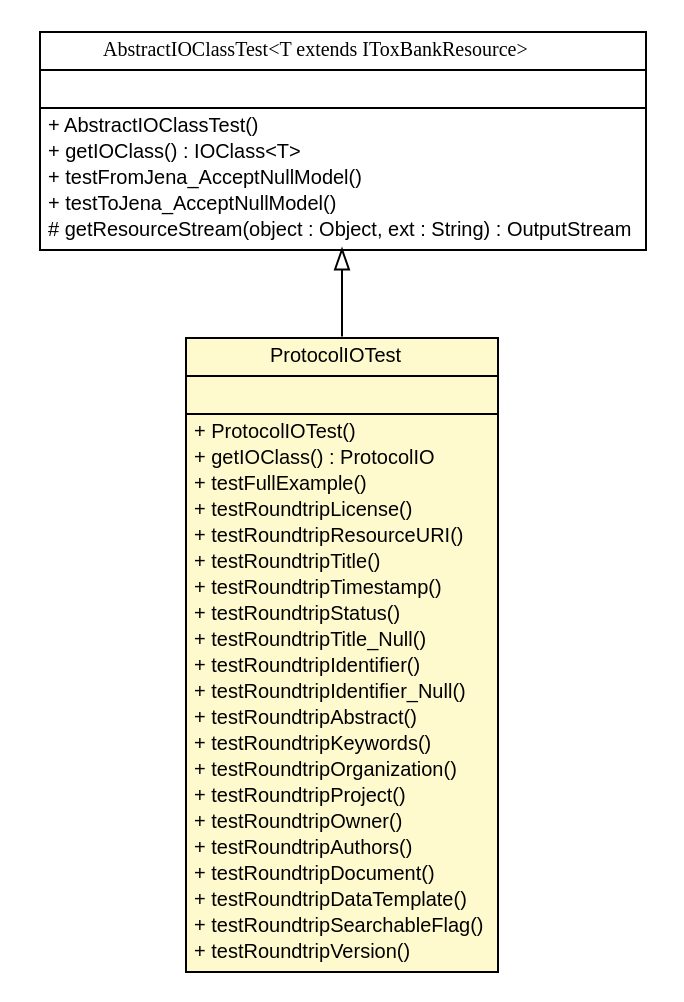
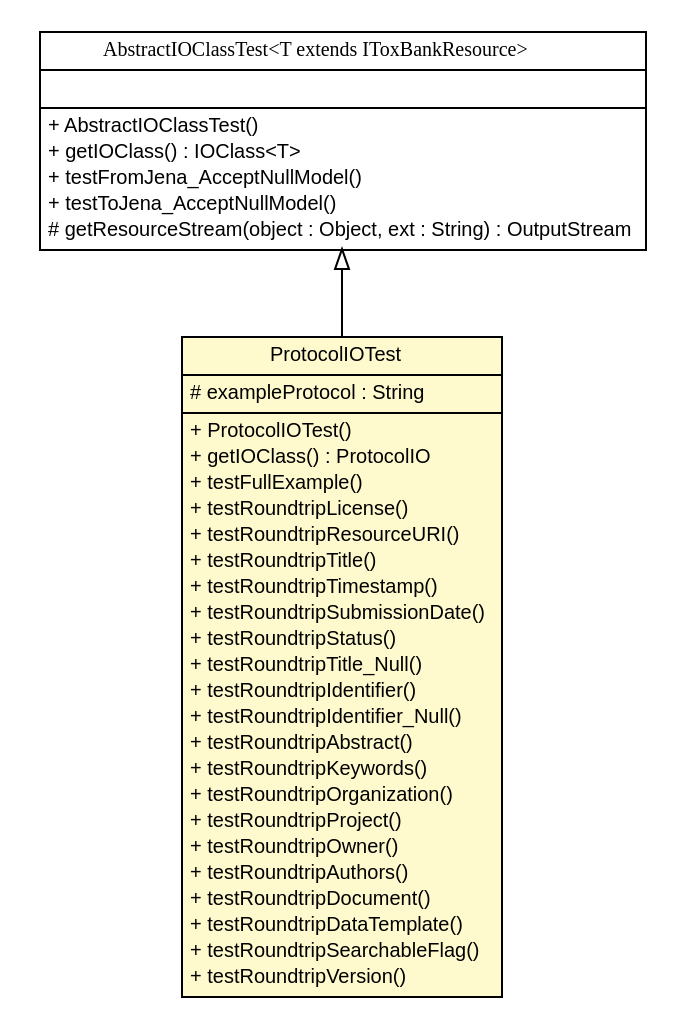
Before and after one commit to ToxBank/toxbank-api-beans: the diagram in testapidocs/net/toxbank/client/io/rdf/ProtocolIOTest.dot, drawn with Graphviz. The commit also changed 102 other files, not shown here.

```diff
--- a/testapidocs/net/toxbank/client/io/rdf/ProtocolIOTest.dot
+++ b/testapidocs/net/toxbank/client/io/rdf/ProtocolIOTest.dot
@@ -1,60 +1,61 @@
 #!/usr/local/bin/dot
 #
 # Class diagram 
 # Generated by UmlGraph version 4.6 (http://www.spinellis.gr/sw/umlgraph)
 #
 
 digraph G {
 	edge [fontname="arial",fontsize=10,labelfontname="arial",labelfontsize=10];
 	node [fontname="arial",fontsize=10,shape=plaintext];
 	// net.toxbank.client.io.rdf.ProtocolIOTest
 	c141 [label=<<table border="0" cellborder="1" cellspacing="0" cellpadding="2" port="p" bgcolor="lemonChiffon" href="./ProtocolIOTest.html">
 		<tr><td><table border="0" cellspacing="0" cellpadding="1">
 			<tr><td> ProtocolIOTest </td></tr>
 		</table></td></tr>
 		<tr><td><table border="0" cellspacing="0" cellpadding="1">
-			<tr><td align="left">  </td></tr>
+			<tr><td align="left"> # exampleProtocol : String </td></tr>
 		</table></td></tr>
 		<tr><td><table border="0" cellspacing="0" cellpadding="1">
 			<tr><td align="left"> + ProtocolIOTest() </td></tr>
 			<tr><td align="left"> + getIOClass() : ProtocolIO </td></tr>
 			<tr><td align="left"> + testFullExample() </td></tr>
 			<tr><td align="left"> + testRoundtripLicense() </td></tr>
 			<tr><td align="left"> + testRoundtripResourceURI() </td></tr>
 			<tr><td align="left"> + testRoundtripTitle() </td></tr>
 			<tr><td align="left"> + testRoundtripTimestamp() </td></tr>
+			<tr><td align="left"> + testRoundtripSubmissionDate() </td></tr>
 			<tr><td align="left"> + testRoundtripStatus() </td></tr>
 			<tr><td align="left"> + testRoundtripTitle_Null() </td></tr>
 			<tr><td align="left"> + testRoundtripIdentifier() </td></tr>
 			<tr><td align="left"> + testRoundtripIdentifier_Null() </td></tr>
 			<tr><td align="left"> + testRoundtripAbstract() </td></tr>
 			<tr><td align="left"> + testRoundtripKeywords() </td></tr>
 			<tr><td align="left"> + testRoundtripOrganization() </td></tr>
 			<tr><td align="left"> + testRoundtripProject() </td></tr>
 			<tr><td align="left"> + testRoundtripOwner() </td></tr>
 			<tr><td align="left"> + testRoundtripAuthors() </td></tr>
 			<tr><td align="left"> + testRoundtripDocument() </td></tr>
 			<tr><td align="left"> + testRoundtripDataTemplate() </td></tr>
 			<tr><td align="left"> + testRoundtripSearchableFlag() </td></tr>
 			<tr><td align="left"> + testRoundtripVersion() </td></tr>
 		</table></td></tr>
 		</table>>, fontname="arial", fontcolor="black", fontsize=10.0];
 	// net.toxbank.client.io.rdf.AbstractIOClassTest<T extends net.toxbank.client.resource.IToxBankResource>
 	c148 [label=<<table border="0" cellborder="1" cellspacing="0" cellpadding="2" port="p" href="./AbstractIOClassTest.html">
 		<tr><td><table border="0" cellspacing="0" cellpadding="1">
 			<tr><td><font face="ariali"> AbstractIOClassTest&lt;T extends IToxBankResource&gt; </font></td></tr>
 		</table></td></tr>
 		<tr><td><table border="0" cellspacing="0" cellpadding="1">
 			<tr><td align="left">  </td></tr>
 		</table></td></tr>
 		<tr><td><table border="0" cellspacing="0" cellpadding="1">
 			<tr><td align="left"> + AbstractIOClassTest() </td></tr>
 			<tr><td align="left"> + getIOClass() : IOClass&lt;T&gt; </td></tr>
 			<tr><td align="left"> + testFromJena_AcceptNullModel() </td></tr>
 			<tr><td align="left"> + testToJena_AcceptNullModel() </td></tr>
 			<tr><td align="left"> # getResourceStream(object : Object, ext : String) : OutputStream </td></tr>
 		</table></td></tr>
 		</table>>, fontname="arial", fontcolor="black", fontsize=10.0];
 	//net.toxbank.client.io.rdf.ProtocolIOTest extends net.toxbank.client.io.rdf.AbstractIOClassTest<net.toxbank.client.resource.Protocol>
 	c148:p -> c141:p [dir=back,arrowtail=empty];
 }
```
